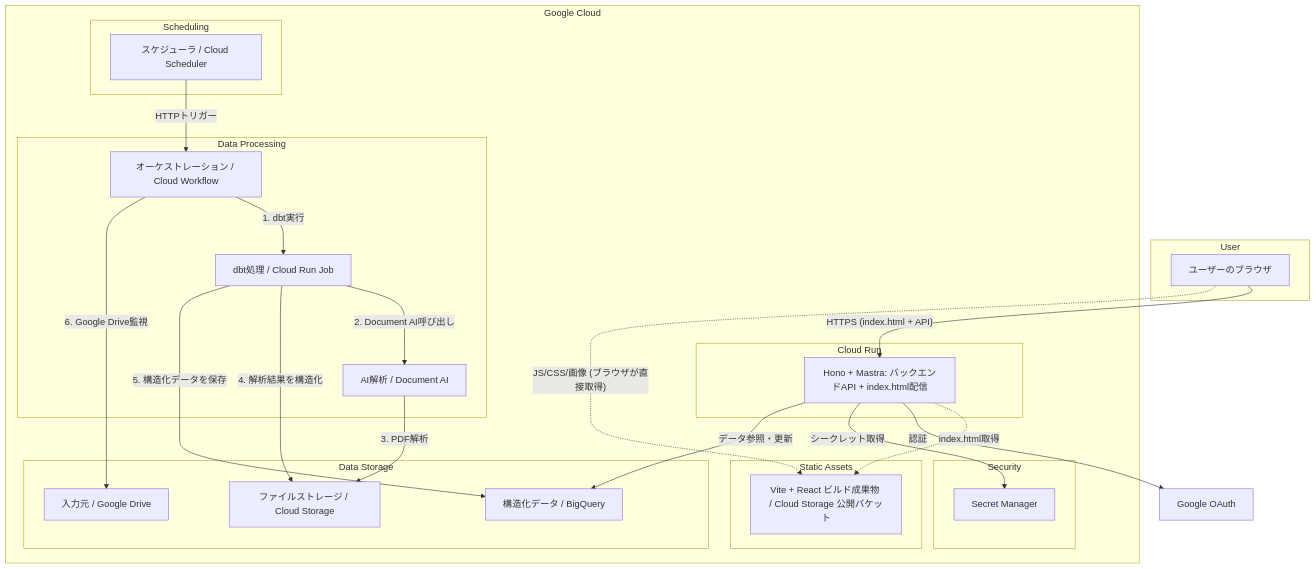
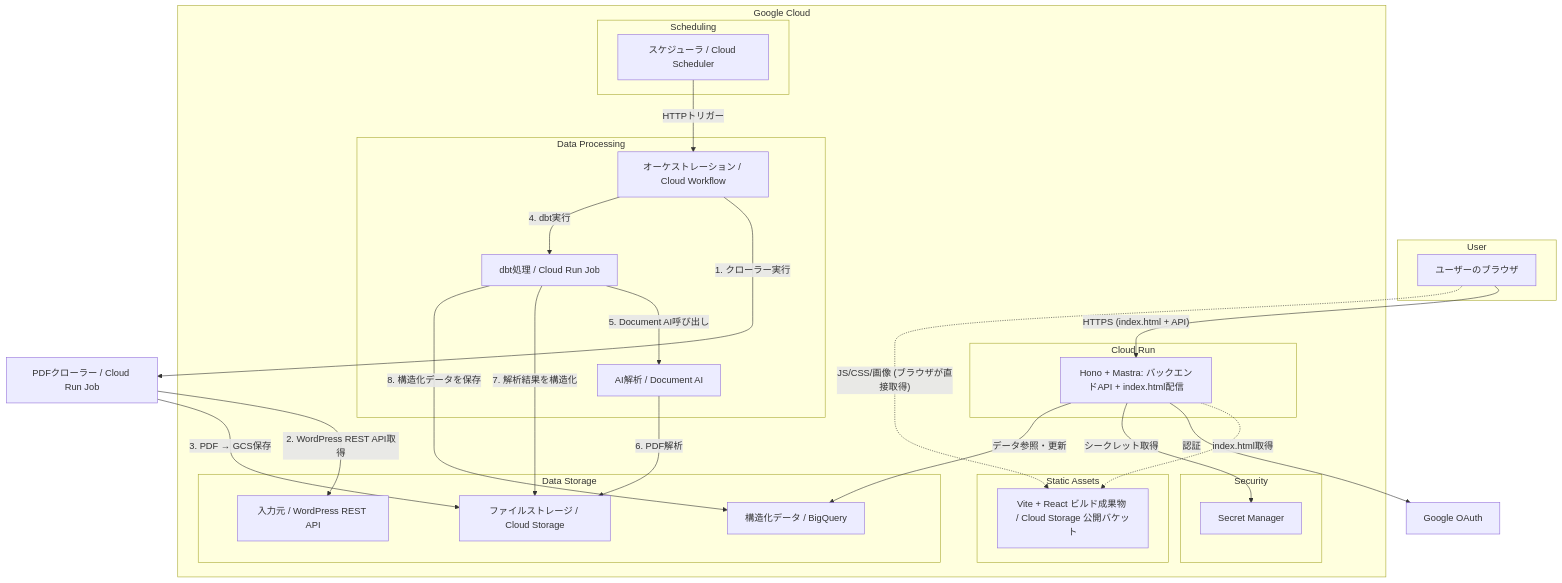
The diagram in docs/design/01_architecture.md (utky/preschool-agent), drawn with Mermaid before and after one commit. The commit also changed other lines of this file and 2 other files, not shown here.

Commit message:
docs: スライス8（Webクローリング）設計書・TODO追加
- TODO.md: スライス8をプログレス表に追加、タスク詳細を追記
- docs/design/10_slice_plan.md: スライス8詳細セクションを追加、スライス順序を更新
- docs/design/01_architecture.md: データフロー図をGoogle Drive→WordPress REST APIに更新

````diff
--- a/docs/design/01_architecture.md
+++ b/docs/design/01_architecture.md
@@ -7,45 +7,47 @@
 ```mermaid
 graph TD
     subgraph User
         U[ユーザーのブラウザ]
     end
 
     subgraph "Google Cloud"
         subgraph "Cloud Run"
             BE[Hono + Mastra: バックエンドAPI + index.html配信]
         end
         subgraph "Static Assets"
             FE[Vite + React ビルド成果物 / Cloud Storage 公開バケット]
         end
         subgraph "Data Processing"
             C[dbt処理 / Cloud Run Job]
             D[AI解析 / Document AI]
             W[オーケストレーション / Cloud Workflow]
         end
         subgraph "Data Storage"
             E[構造化データ / BigQuery]
             F[ファイルストレージ / Cloud Storage]
-            G[入力元 / Google Drive]
+            G[入力元 / WordPress REST API]
         end
         subgraph "Scheduling"
             H[スケジューラ / Cloud Scheduler]
         end
         subgraph "Security"
             I[Secret Manager]
         end
     end
 
     U -- "HTTPS (index.html + API)" --> BE
     U -. "JS/CSS/画像 (ブラウザが直接取得)" .-> FE
     BE -. "index.html取得" .-> FE
     BE -- "認証" --> Google[Google OAuth]
     BE -- "シークレット取得" --> I
     BE -- "データ参照・更新" --> E
     H -- "HTTPトリガー" --> W
-    W -- "1. dbt実行" --> C
-    C -- "2. Document AI呼び出し" --> D
-    D -- "3. PDF解析" --> F
-    C -- "4. 解析結果を構造化" --> F
-    C -- "5. 構造化データを保存" --> E
-    W -- "6. Google Drive監視" --> G
+    W -- "1. クローラー実行" --> CR[PDFクローラー / Cloud Run Job]
+    CR -- "2. WordPress REST API取得" --> G
+    CR -- "3. PDF → GCS保存" --> F
+    W -- "4. dbt実行" --> C
+    C -- "5. Document AI呼び出し" --> D
+    D -- "6. PDF解析" --> F
+    C -- "7. 解析結果を構造化" --> F
+    C -- "8. 構造化データを保存" --> E
 ```
````
